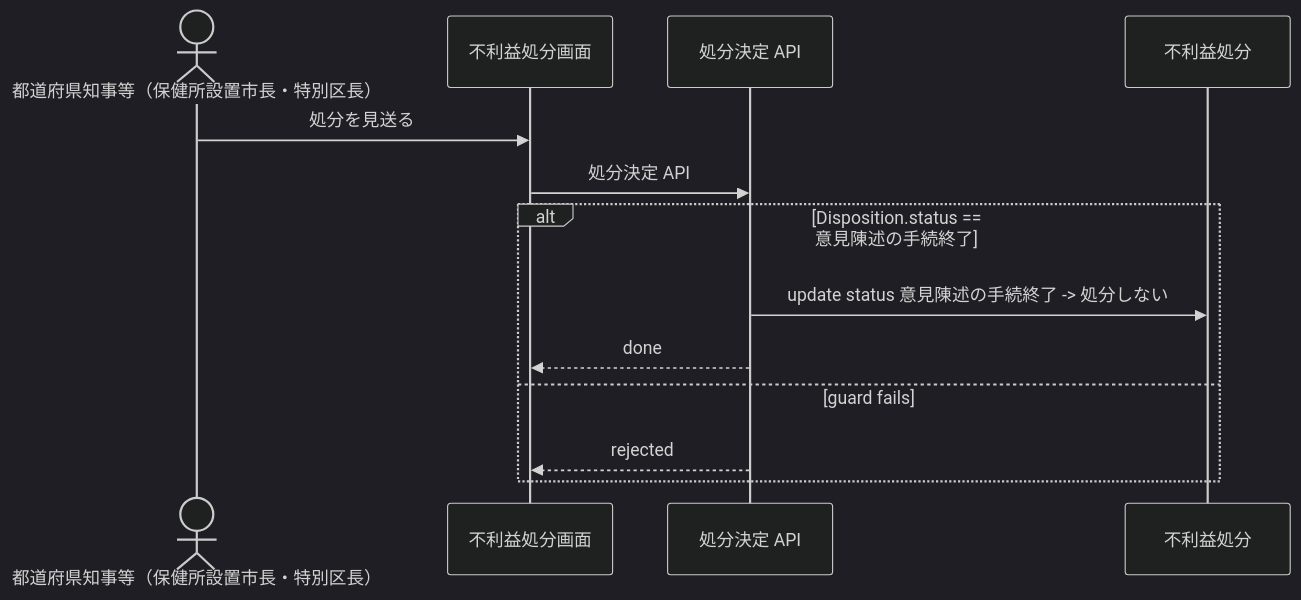
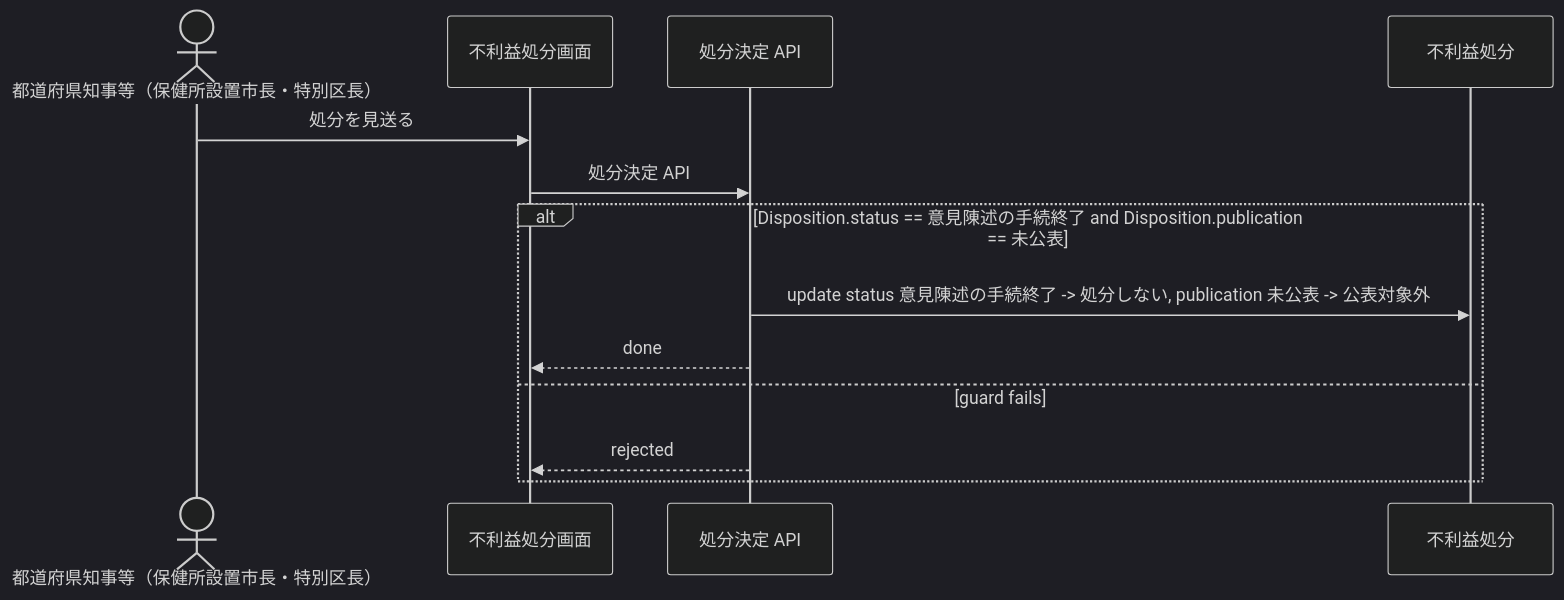
One commit to manji-0/rdra-ish-dsl changed the diagram in samples/food-permit-ops/out/uc/sequence_DropDisposition.mmd. Above: the diagram before and after it, drawn with Mermaid (dark theme). The commit also changed 47 other files, not shown here.

```diff
--- a/samples/food-permit-ops/out/uc/sequence_DropDisposition.mmd
+++ b/samples/food-permit-ops/out/uc/sequence_DropDisposition.mmd
@@ -1,16 +1,16 @@
 %% rdra-ish diagram=sequence scope=usecase:DropDisposition model=samples/food-permit-ops
 %% kinds: actor screen api entity
 %% omitted: buc step medium permission
 sequenceDiagram
   actor actor__PermitAuthority as 都道府県知事等（保健所設置市長・特別区長）
   participant screen__DispositionScreen as 不利益処分画面
   participant api__DispositionApi as 処分決定 API
   participant entity__Disposition as 不利益処分
   actor__PermitAuthority ->> screen__DispositionScreen: 処分を見送る
   screen__DispositionScreen ->> api__DispositionApi: 処分決定 API
-  alt Disposition.status == 意見陳述の手続終了
-    api__DispositionApi ->> entity__Disposition: update status 意見陳述の手続終了 -> 処分しない
+  alt Disposition.status == 意見陳述の手続終了 and Disposition.publication == 未公表
+    api__DispositionApi ->> entity__Disposition: update status 意見陳述の手続終了 -> 処分しない, publication 未公表 -> 公表対象外
     api__DispositionApi -->> screen__DispositionScreen: done
   else guard fails
     api__DispositionApi -->> screen__DispositionScreen: rejected
   end
```
